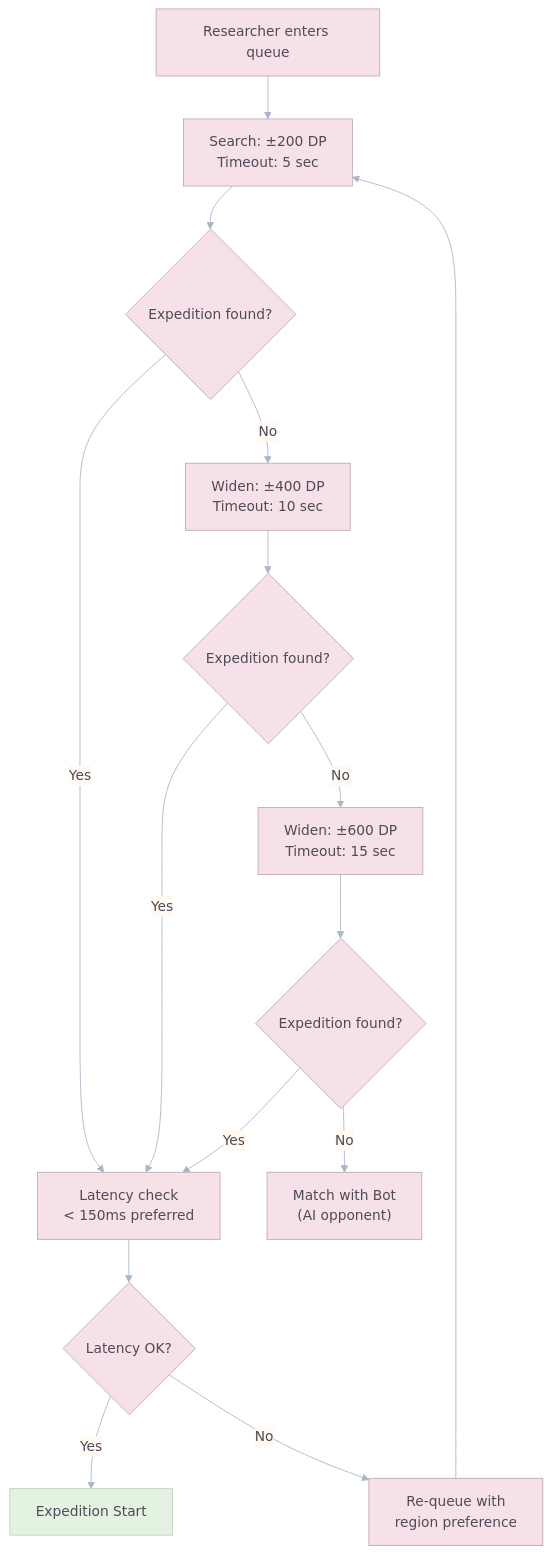
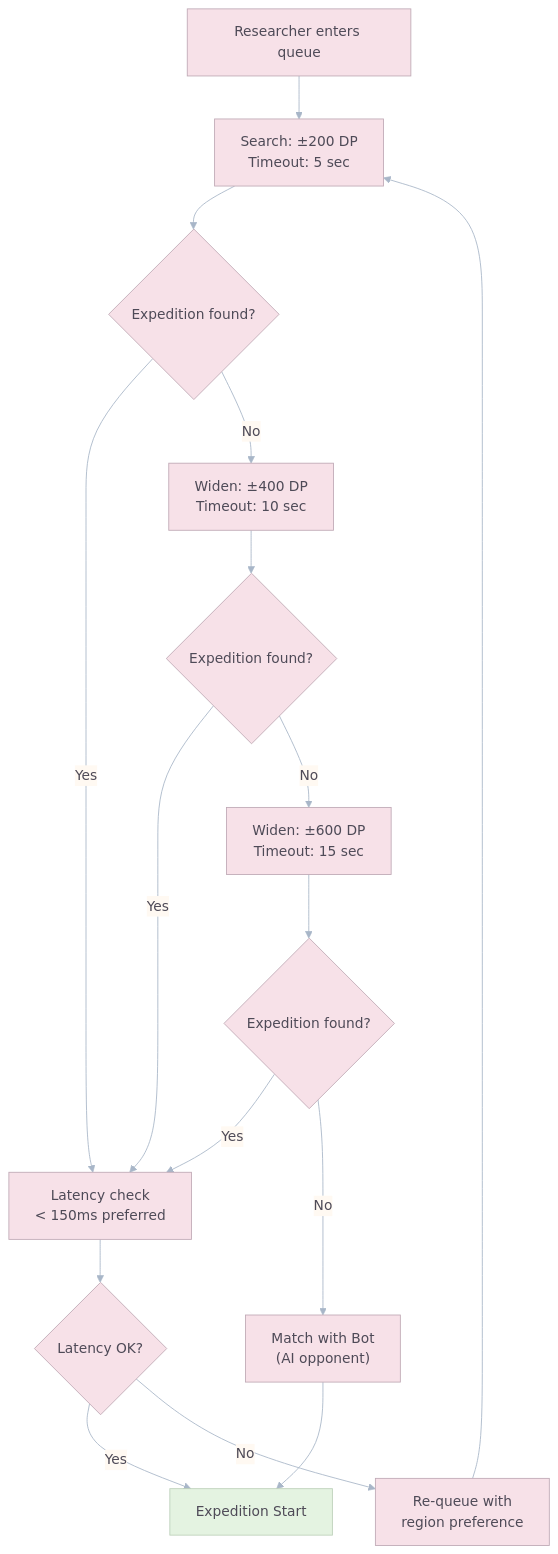
One commit to unknown-studios-code/goo-galaxy changed the second of 2 diagrams in .docs/GDD/02_Mathematics_and_Balancing.md. Above: the diagram before and after it, drawn with Mermaid. The commit also changed other lines of this file and 54 other files, not shown here.

````diff
--- a/.docs/GDD/02_Mathematics_and_Balancing.md
+++ b/.docs/GDD/02_Mathematics_and_Balancing.md
@@ -304,20 +403,21 @@
 ```mermaid
 %%{init: {"theme":"base","themeVariables":{"primaryColor":"#F7E1E8","secondaryColor":"#DCEBF7","tertiaryColor":"#E4F3E1","primaryBorderColor":"#BFA9B5","lineColor":"#A8B6C8","primaryTextColor":"#4E4A57","clusterBkg":"#FAF5EA","clusterBorder":"#CDBFAF","edgeLabelBackground":"#FFF9F2","noteBkgColor":"#F7F1FA","noteTextColor":"#4E4A57","taskBkgColor":"#DCEBF7","taskTextColor":"#4E4A57","taskTextOutsideColor":"#4E4A57","sectionBkgColor":"#E4F3E1","sectionBorderColor":"#BCD0B9","gridColor":"#E8DDD3","todayLineColor":"#C7A7B5","actorBkg":"#F7E1E8","actorBorder":"#BFA9B5","actorTextColor":"#4E4A57","signalColor":"#A8B6C8","signalTextColor":"#4E4A57","labelBoxBkgColor":"#FFF9F2","labelBoxBorderColor":"#CDBFAF","labelTextColor":"#4E4A57"}}}%%
 flowchart TD
     A["Researcher enters queue"] --> B["Search: ±200 DP<br/>Timeout: 5 sec"]
     B --> C{"Expedition found?"}
     C -- Yes --> D["Latency check<br/>< 150ms preferred"]
     C -- No --> E["Widen: ±400 DP<br/>Timeout: 10 sec"]
     E --> F{"Expedition found?"}
     F -- Yes --> D
     F -- No --> G["Widen: ±600 DP<br/>Timeout: 15 sec"]
     G --> H{"Expedition found?"}
     H -- Yes --> D
     H -- No --> I["Match with Bot<br/>(AI opponent)"]
+    I --> K
     D --> J{"Latency OK?"}
     J -- Yes --> K["Expedition Start"]
 
     style K fill:#E4F3E1,color:#4E4A57,stroke:#BCD0B9
     J -- No --> L["Re-queue with<br/>region preference"]
     L --> B
 ```
````
